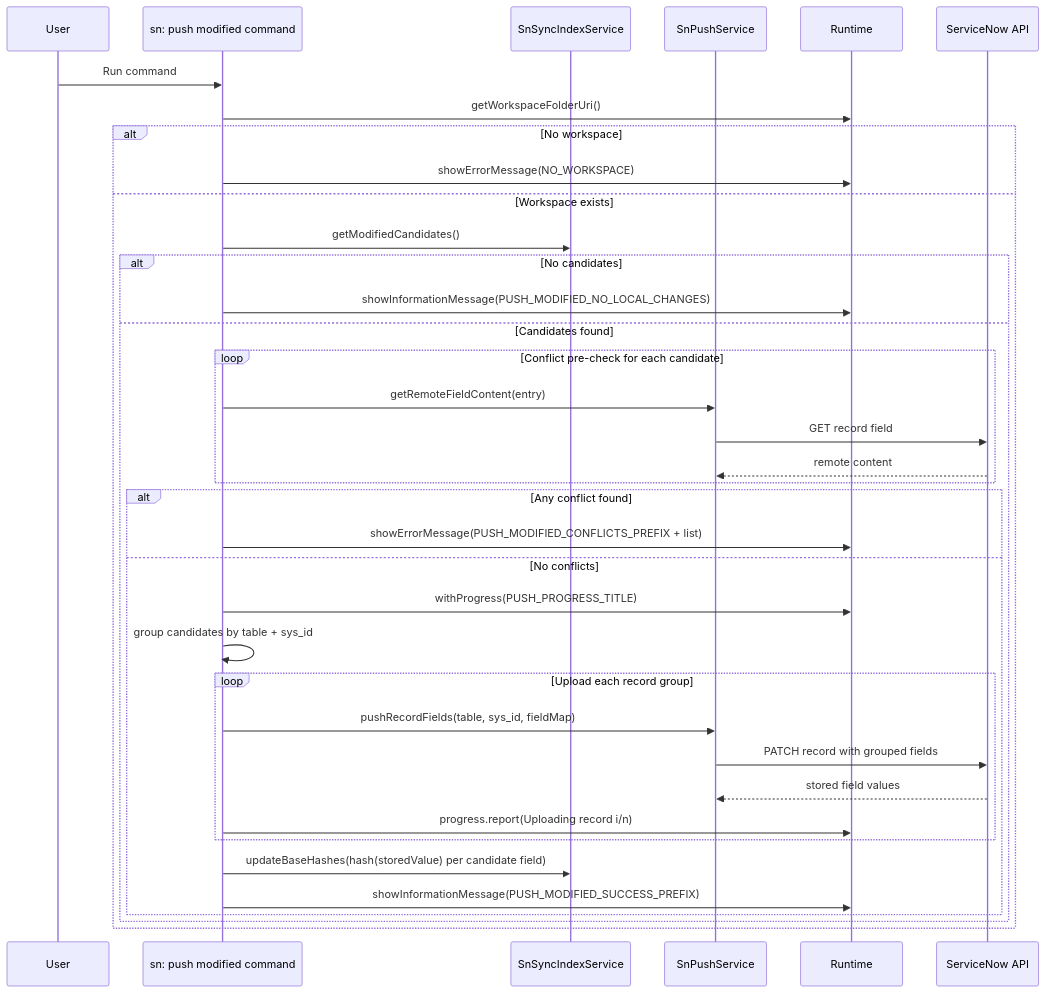
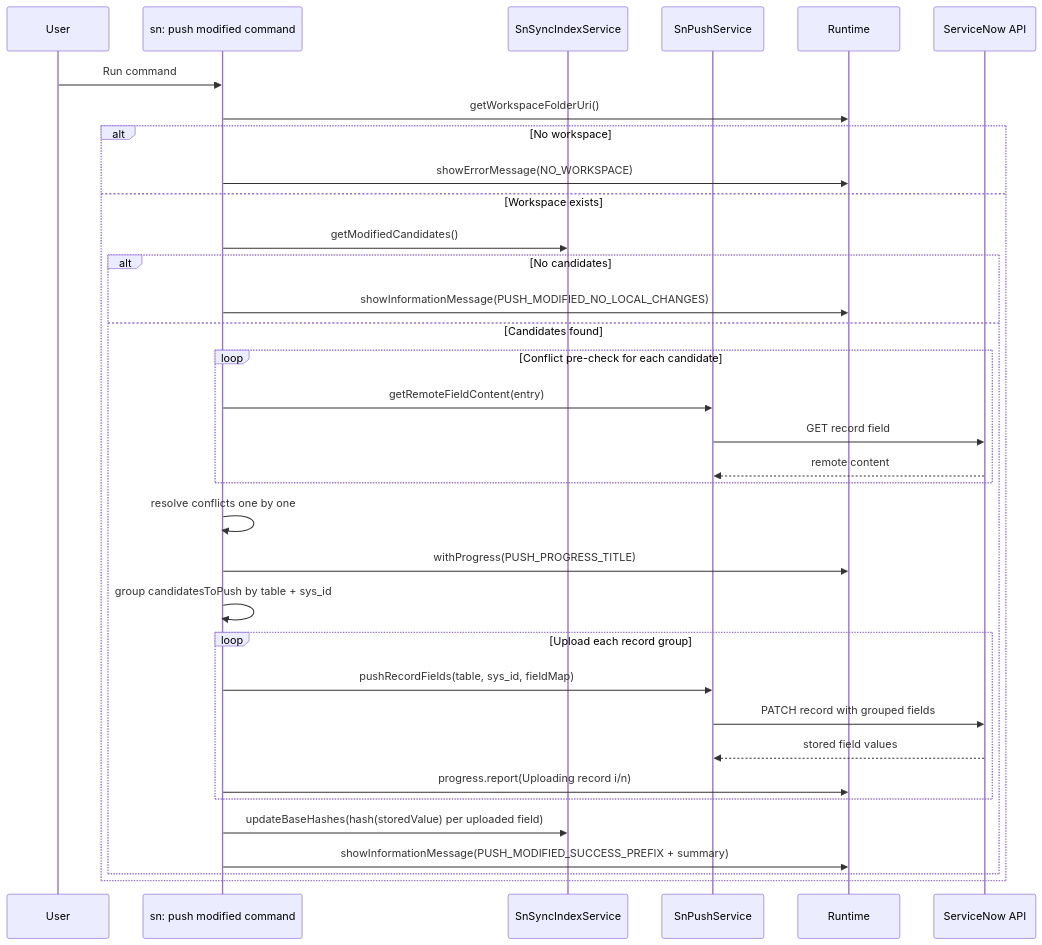
Before and after one commit to AlexAlvarez092/sn-sync: the diagram in docs/sn-push-modified.md, drawn with Mermaid. The commit also changed other lines of this file and 5 other files, not shown here.

Commit message:
feat(push): enhance conflict resolution with interactive options and update documentation

````diff
--- a/docs/sn-push-modified.md
+++ b/docs/sn-push-modified.md
@@ -86,40 +96,37 @@
 ```mermaid
 sequenceDiagram
    participant U as User
    participant C as sn: push modified command
    participant I as SnSyncIndexService
    participant P as SnPushService
    participant R as Runtime
    participant N as ServiceNow API
 
    U->>C: Run command
    C->>R: getWorkspaceFolderUri()
    alt No workspace
       C->>R: showErrorMessage(NO_WORKSPACE)
    else Workspace exists
       C->>I: getModifiedCandidates()
       alt No candidates
          C->>R: showInformationMessage(PUSH_MODIFIED_NO_LOCAL_CHANGES)
       else Candidates found
          loop Conflict pre-check for each candidate
             C->>P: getRemoteFieldContent(entry)
             P->>N: GET record field
             N-->>P: remote content
          end
-         alt Any conflict found
-            C->>R: showErrorMessage(PUSH_MODIFIED_CONFLICTS_PREFIX + list)
-         else No conflicts
-            C->>R: withProgress(PUSH_PROGRESS_TITLE)
-            C->>C: group candidates by table + sys_id
-            loop Upload each record group
-               C->>P: pushRecordFields(table, sys_id, fieldMap)
-               P->>N: PATCH record with grouped fields
-               N-->>P: stored field values
-               C->>R: progress.report(Uploading record i/n)
-            end
-            C->>I: updateBaseHashes(hash(storedValue) per candidate field)
-            C->>R: showInformationMessage(PUSH_MODIFIED_SUCCESS_PREFIX)
+         C->>C: resolve conflicts one by one
+         C->>R: withProgress(PUSH_PROGRESS_TITLE)
+         C->>C: group candidatesToPush by table + sys_id
+         loop Upload each record group
+            C->>P: pushRecordFields(table, sys_id, fieldMap)
+            P->>N: PATCH record with grouped fields
+            N-->>P: stored field values
+            C->>R: progress.report(Uploading record i/n)
          end
+         C->>I: updateBaseHashes(hash(storedValue) per uploaded field)
+         C->>R: showInformationMessage(PUSH_MODIFIED_SUCCESS_PREFIX + summary)
       end
    end
 ```
````
